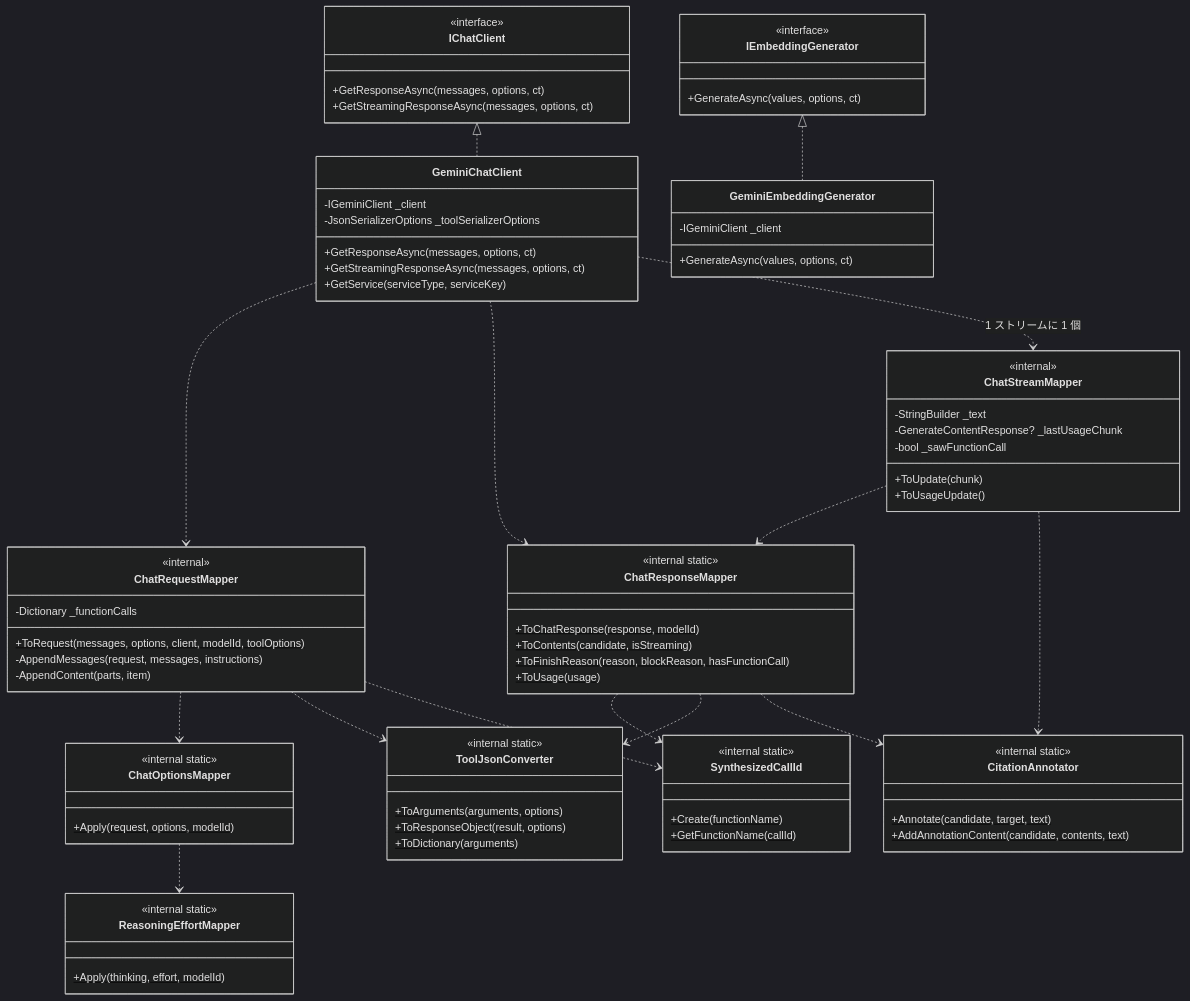
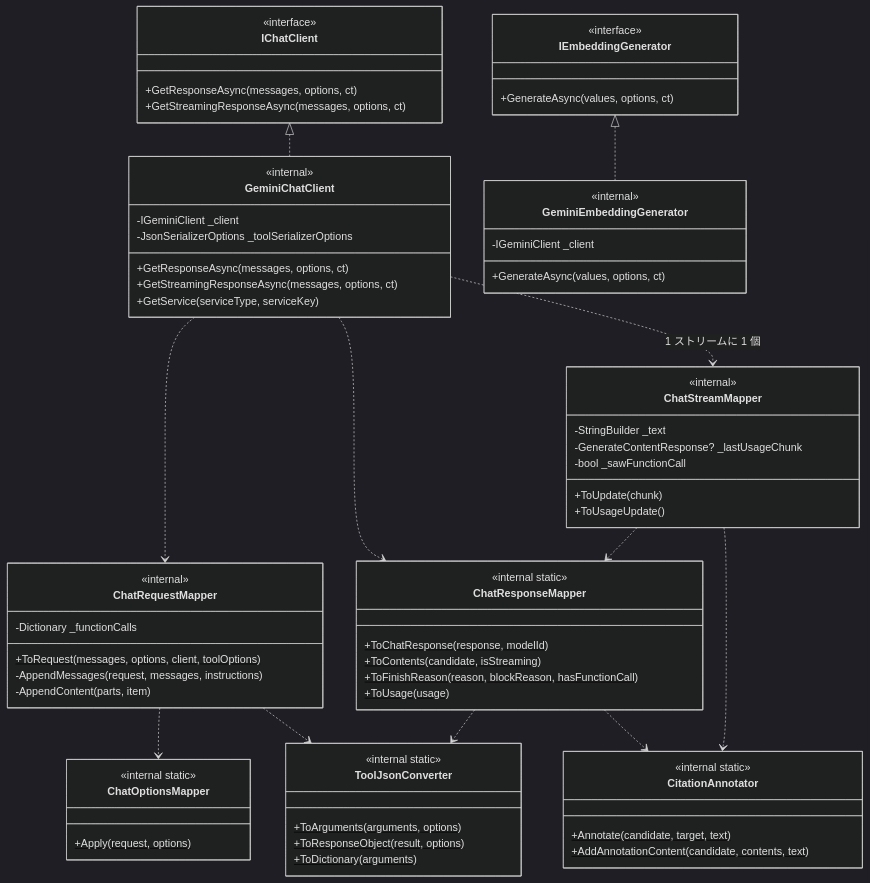
Before and after one commit to Osg-Junue/GeminiGatewayClient: the fourth of 15 diagrams in docs/ARCHITECTURE.md, drawn with Mermaid (dark theme). The commit also changed other lines of this file and 73 other files, not shown here.

```diff
--- a/docs/ARCHITECTURE.md
+++ b/docs/ARCHITECTURE.md
@@ -210,6 +207,7 @@
     }
 
     class GeminiChatClient {
+        <<internal>>
         -IGeminiClient _client
         -JsonSerializerOptions _toolSerializerOptions
         +GetResponseAsync(messages, options, ct)
@@ -218,6 +216,7 @@
     }
 
     class GeminiEmbeddingGenerator {
+        <<internal>>
         -IGeminiClient _client
         +GenerateAsync(values, options, ct)
     }
@@ -225,19 +224,14 @@
     class ChatRequestMapper {
         <<internal>>
         -Dictionary _functionCalls
-        +ToRequest(messages, options, client, modelId, toolOptions)$
+        +ToRequest(messages, options, client, toolOptions)$
         -AppendMessages(request, messages, instructions)
         -AppendContent(parts, item)
     }
 
     class ChatOptionsMapper {
         <<internal static>>
-        +Apply(request, options, modelId)$
-    }
-
-    class ReasoningEffortMapper {
-        <<internal static>>
-        +Apply(thinking, effort, modelId)$
+        +Apply(request, options)$
     }
 
     class ChatResponseMapper {
@@ -270,22 +264,13 @@
         +ToDictionary(arguments)$
     }
 
-    class SynthesizedCallId {
-        <<internal static>>
-        +Create(functionName)$
-        +GetFunctionName(callId)$
-    }
-
     IChatClient <|.. GeminiChatClient
     IEmbeddingGenerator <|.. GeminiEmbeddingGenerator
     GeminiChatClient ..> ChatRequestMapper
     GeminiChatClient ..> ChatResponseMapper
     GeminiChatClient ..> ChatStreamMapper : 1 ストリームに 1 個
     ChatRequestMapper ..> ChatOptionsMapper
-    ChatOptionsMapper ..> ReasoningEffortMapper
     ChatRequestMapper ..> ToolJsonConverter
-    ChatRequestMapper ..> SynthesizedCallId
-    ChatResponseMapper ..> SynthesizedCallId
     ChatResponseMapper ..> ToolJsonConverter
     ChatResponseMapper ..> CitationAnnotator
     ChatStreamMapper ..> ChatResponseMapper
```
